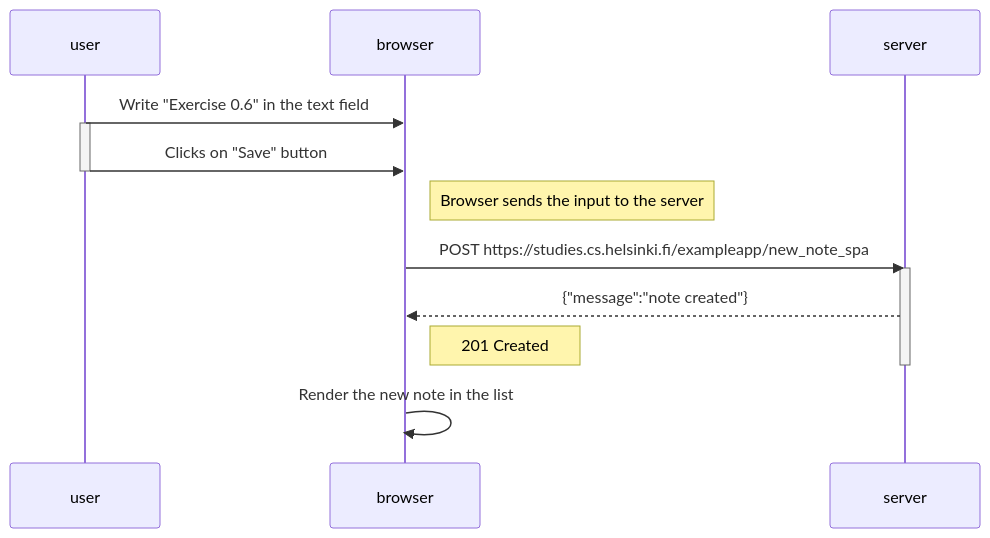
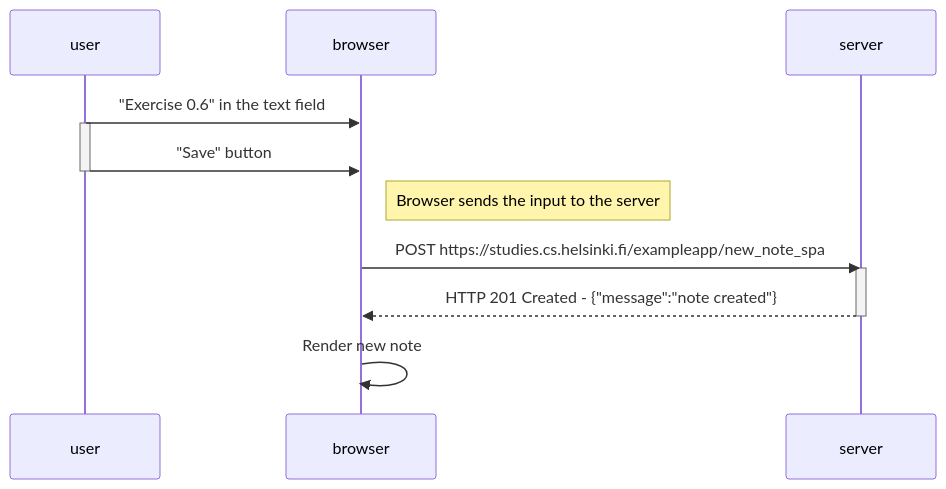
The diagram in part0/0.6.md (hpord/fullstackopen), drawn with Mermaid before and after one commit.

````diff
--- a/part0/0.6.md
+++ b/part0/0.6.md
@@ -1,20 +1,19 @@
 ```mermaid
 sequenceDiagram
     participant user
     participant browser
     participant server
 
-   user->>browser: Write "Exercise 0.6"  in the text field
+   user->>browser: "Exercise 0.6"  in the text field
     activate user
-    user->>browser: Clicks on "Save" button
+    user->>browser: "Save" button
     deactivate user
     Note right of browser: Browser sends the input to the server
 
     browser->>server: POST https://studies.cs.helsinki.fi/exampleapp/new_note_spa
     activate server
-    server-->>browser: {"message":"note created"}
-    Note right of browser: 201 Created
+    server-->>browser: HTTP 201 Created - {"message":"note created"}
     deactivate server
 
-    browser->>browser: Render the new note in the list
+    browser->>browser: Render new note
 ```
````
